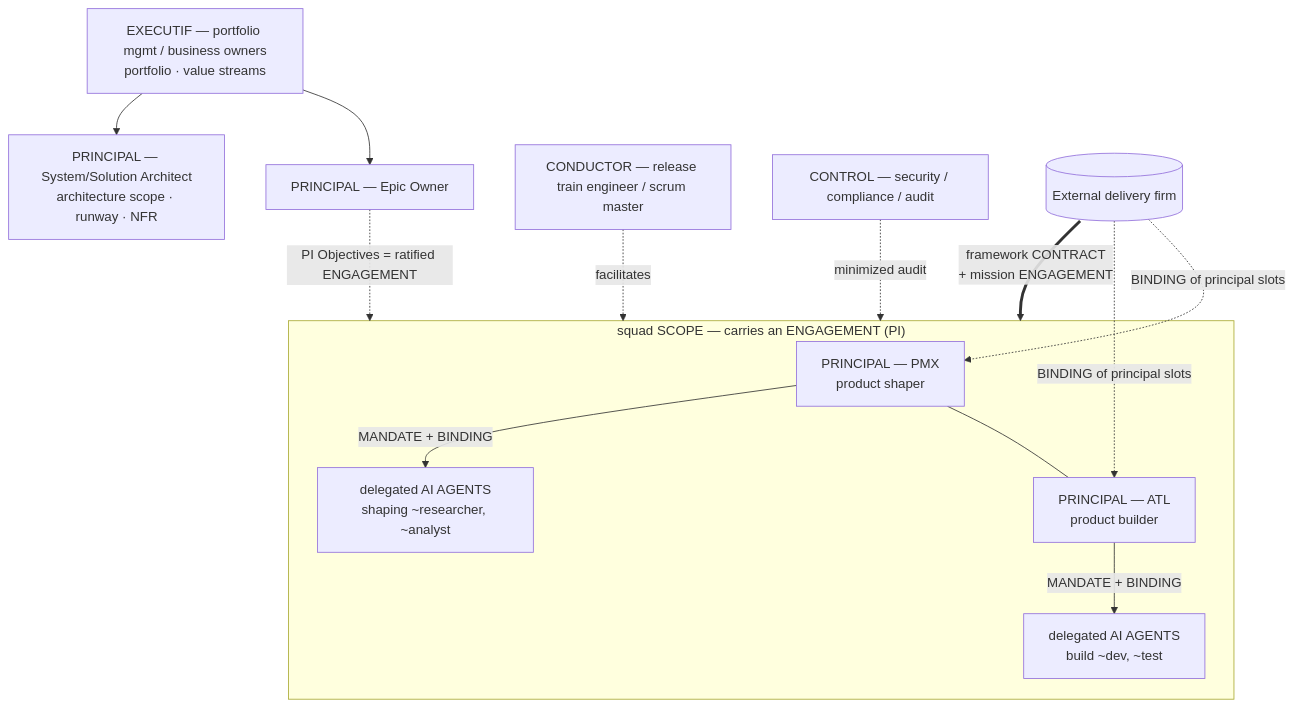
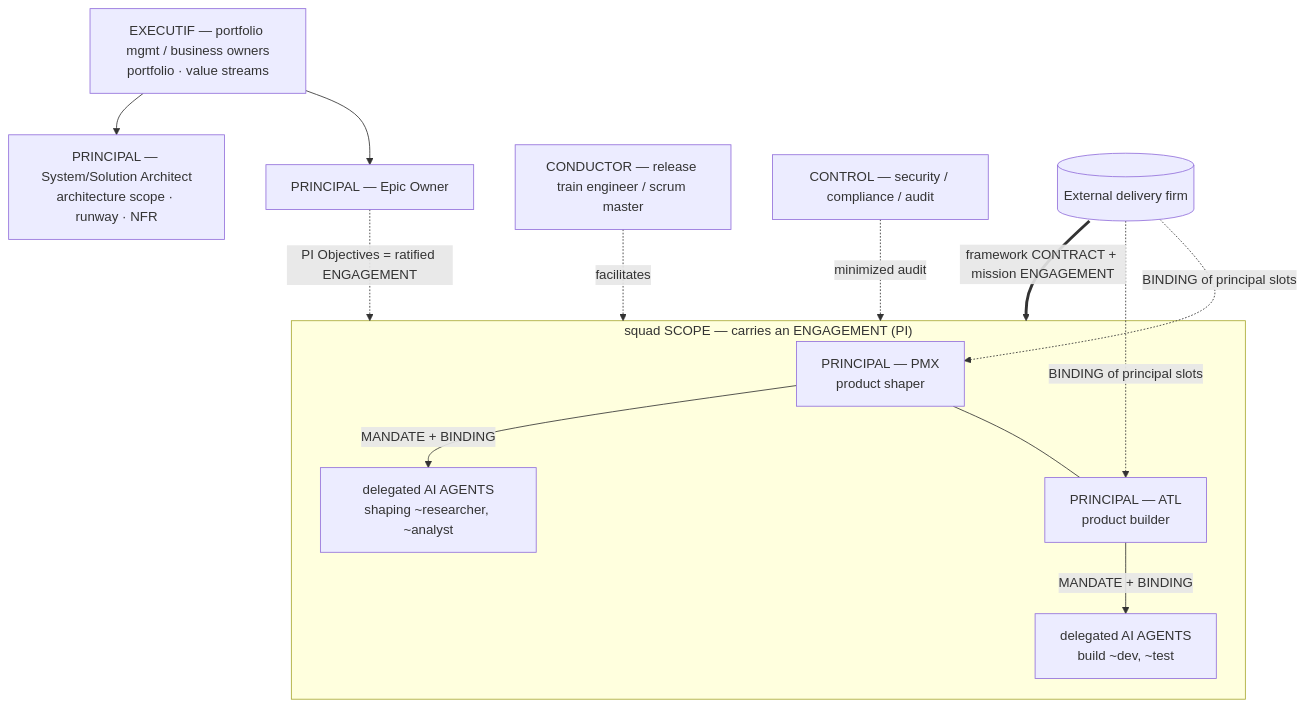
The diagram in evaluations/e-agentic-squad.md (rhanka/h2a), drawn with Mermaid before and after one commit. The commit also changed other lines of this file and 5 other files, not shown here.

````diff
--- a/evaluations/e-agentic-squad.md
+++ b/evaluations/e-agentic-squad.md
@@ -11,21 +11,21 @@
 ```mermaid
 flowchart TD
   EXEC[EXECUTIF — portfolio mgmt / business owners<br/>portfolio · value streams]
   EXEC --> EPIC[PRINCIPAL — Epic Owner]
   EXEC --> ARCH[PRINCIPAL — System/Solution Architect<br/>architecture scope · runway · NFR]
   RTE[CONDUCTOR — release train engineer / scrum master] -. facilitates .-> SQUAD
   CTRL[CONTROL — security / compliance / audit] -. minimized audit .-> SQUAD
 
   subgraph SQUAD["squad SCOPE — carries an ENGAGEMENT (PI)"]
     PMX[PRINCIPAL — PMX<br/>product shaper]
     ATL[PRINCIPAL — ATL<br/>product builder]
     PMX --- ATL
     PMX -- MANDATE + BINDING --> AGp[delegated AI AGENTS<br/>shaping ~researcher, ~analyst]
     ATL -- MANDATE + BINDING --> AGb[delegated AI AGENTS<br/>build ~dev, ~test]
   end
 
   EPIC -. PI Objectives = ratified ENGAGEMENT .-> SQUAD
-  FIRM[(External delivery firm)] == framework CONTRACT<br/>+ mission ENGAGEMENT ==> SQUAD
+  FIRM[(External delivery firm)] == "framework CONTRACT + mission ENGAGEMENT" ==> SQUAD
   FIRM -. BINDING of principal slots .-> PMX
   FIRM -. BINDING of principal slots .-> ATL
 ```
````
